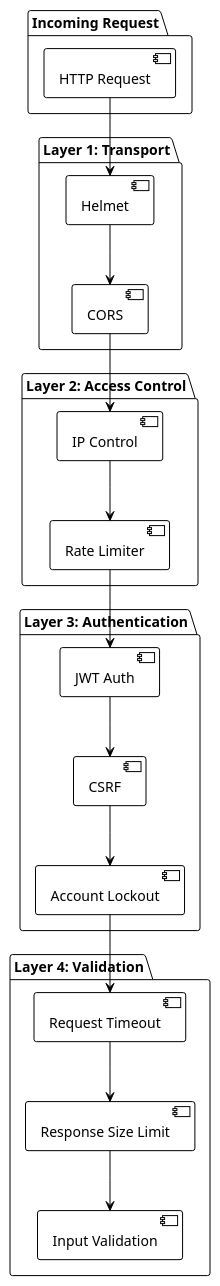
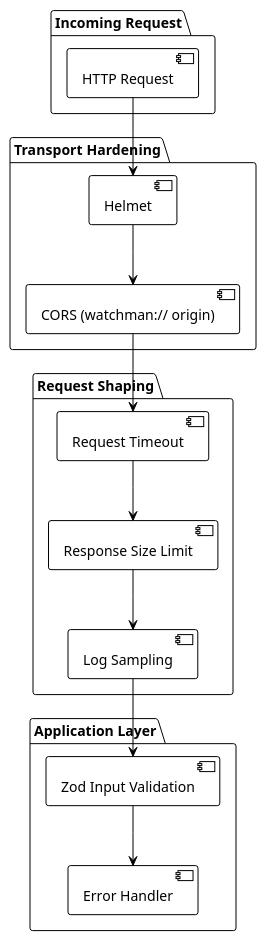
One commit to EraPartner/Watchman changed the diagram in docs/security/index.md. Above: the diagram before and after it, drawn with PlantUML. The commit also changed other lines of this file and 138 other files, not shown here.

````diff
--- a/docs/security/index.md
+++ b/docs/security/index.md
@@ -78,42 +90,33 @@
 ```plantuml
 @startuml
 !theme plain
 
 package "Incoming Request" as Request {
     [HTTP Request] as Req
 }
 
-package "Layer 1: Transport" {
+package "Transport Hardening" {
     [Helmet] as H1
-    [CORS] as C1
+    [CORS (watchman:// origin)] as C1
 }
 
-package "Layer 2: Access Control" {
-    [IP Control] as IP
-    [Rate Limiter] as Rate
+package "Request Shaping" {
+    [Request Timeout] as Timeout
+    [Response Size Limit] as SizeLimit
+    [Log Sampling] as Log
 }
 
-package "Layer 3: Authentication" {
-    [JWT Auth] as JWT
-    [CSRF] as CSRF
-    [Account Lockout] as Lockout
-}
-
-package "Layer 4: Validation" {
-    [Request Timeout] as Timeout
-    [Response Size Limit] as SizeLimit
-    [Input Validation] as Valid
+package "Application Layer" {
+    [Zod Input Validation] as Valid
+    [Error Handler] as Err
 }
 
 Req --> H1
 H1 --> C1
-C1 --> IP
-IP --> Rate
-Rate --> JWT
-JWT --> CSRF
-CSRF --> Lockout
-Lockout --> Timeout
+C1 --> Timeout
 Timeout --> SizeLimit
-SizeLimit --> Valid
+SizeLimit --> Log
+Log --> Valid
+Valid --> Err
 @enduml
 ```
````
